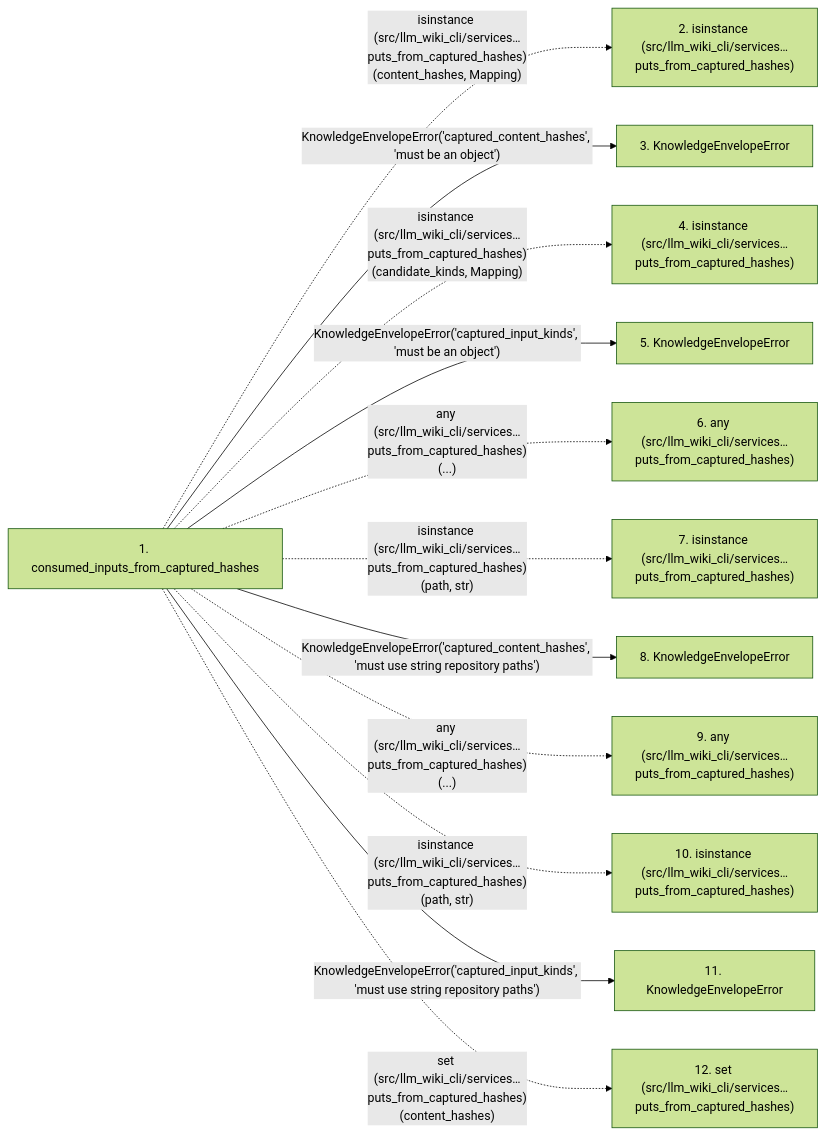
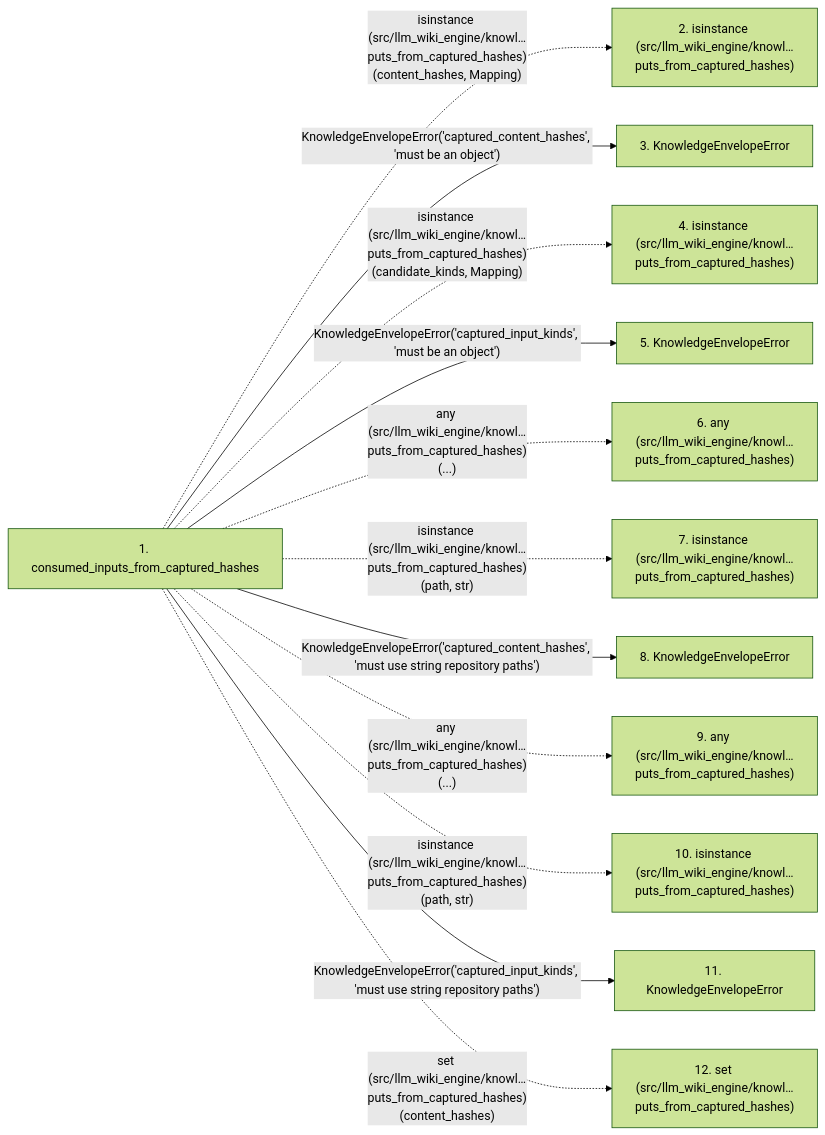
The second of 2 diagrams in docs/llm_wiki/flows/api-consumed_inputs_from_captured_hashes.md (Denissvgn/python-wiki-llm), drawn with Mermaid (forest theme) before and after one commit. The commit also changed other lines of this file and 1058 other files, not shown here.

````diff
--- a/docs/llm_wiki/flows/api-consumed_inputs_from_captured_hashes.md
+++ b/docs/llm_wiki/flows/api-consumed_inputs_from_captured_hashes.md
@@ -121,31 +121,31 @@
 ```mermaid
 flowchart LR
     s1["1. consumed_inputs_from_captured_hashes"]
-    s2["2. isinstance (src/llm_wiki_cli/services…puts_from_captured_hashes)"]
+    s2["2. isinstance (src/llm_wiki_engine/knowl…puts_from_captured_hashes)"]
     s3["3. KnowledgeEnvelopeError"]
-    s4["4. isinstance (src/llm_wiki_cli/services…puts_from_captured_hashes)"]
+    s4["4. isinstance (src/llm_wiki_engine/knowl…puts_from_captured_hashes)"]
     s5["5. KnowledgeEnvelopeError"]
-    s6["6. any (src/llm_wiki_cli/services…puts_from_captured_hashes)"]
-    s7["7. isinstance (src/llm_wiki_cli/services…puts_from_captured_hashes)"]
+    s6["6. any (src/llm_wiki_engine/knowl…puts_from_captured_hashes)"]
+    s7["7. isinstance (src/llm_wiki_engine/knowl…puts_from_captured_hashes)"]
     s8["8. KnowledgeEnvelopeError"]
-    s9["9. any (src/llm_wiki_cli/services…puts_from_captured_hashes)"]
-    s10["10. isinstance (src/llm_wiki_cli/services…puts_from_captured_hashes)"]
+    s9["9. any (src/llm_wiki_engine/knowl…puts_from_captured_hashes)"]
+    s10["10. isinstance (src/llm_wiki_engine/knowl…puts_from_captured_hashes)"]
     s11["11. KnowledgeEnvelopeError"]
-    s12["12. set (src/llm_wiki_cli/services…puts_from_captured_hashes)"]
-    s1 -. "isinstance (src/llm_wiki_cli/services…puts_from_captured_hashes)(content_hashes, Mapping)" .-> s2
+    s12["12. set (src/llm_wiki_engine/knowl…puts_from_captured_hashes)"]
+    s1 -. "isinstance (src/llm_wiki_engine/knowl…puts_from_captured_hashes)(content_hashes, Mapping)" .-> s2
     s1 -->|"KnowledgeEnvelopeError('captured_content_hashes', 'must be an object')"| s3
-    s1 -. "isinstance (src/llm_wiki_cli/services…puts_from_captured_hashes)(candidate_kinds, Mapping)" .-> s4
+    s1 -. "isinstance (src/llm_wiki_engine/knowl…puts_from_captured_hashes)(candidate_kinds, Mapping)" .-> s4
     s1 -->|"KnowledgeEnvelopeError('captured_input_kinds', 'must be an object')"| s5
-    s1 -. "any (src/llm_wiki_cli/services…puts_from_captured_hashes)(...)" .-> s6
-    s1 -. "isinstance (src/llm_wiki_cli/services…puts_from_captured_hashes)(path, str)" .-> s7
+    s1 -. "any (src/llm_wiki_engine/knowl…puts_from_captured_hashes)(...)" .-> s6
+    s1 -. "isinstance (src/llm_wiki_engine/knowl…puts_from_captured_hashes)(path, str)" .-> s7
     s1 -->|"KnowledgeEnvelopeError('captured_content_hashes', 'must use string repository paths')"| s8
-    s1 -. "any (src/llm_wiki_cli/services…puts_from_captured_hashes)(...)" .-> s9
-    s1 -. "isinstance (src/llm_wiki_cli/services…puts_from_captured_hashes)(path, str)" .-> s10
+    s1 -. "any (src/llm_wiki_engine/knowl…puts_from_captured_hashes)(...)" .-> s9
+    s1 -. "isinstance (src/llm_wiki_engine/knowl…puts_from_captured_hashes)(path, str)" .-> s10
     s1 -->|"KnowledgeEnvelopeError('captured_input_kinds', 'must use string repository paths')"| s11
-    s1 -. "set (src/llm_wiki_cli/services…puts_from_captured_hashes)(content_hashes)" .-> s12
+    s1 -. "set (src/llm_wiki_engine/knowl…puts_from_captured_hashes)(content_hashes)" .-> s12
     click s1 "../modules/knowledge_envelope.md"
     click s3 "../modules/knowledge_envelope.md"
     click s5 "../modules/knowledge_envelope.md"
     click s8 "../modules/knowledge_envelope.md"
     click s11 "../modules/knowledge_envelope.md"
 ```
````
